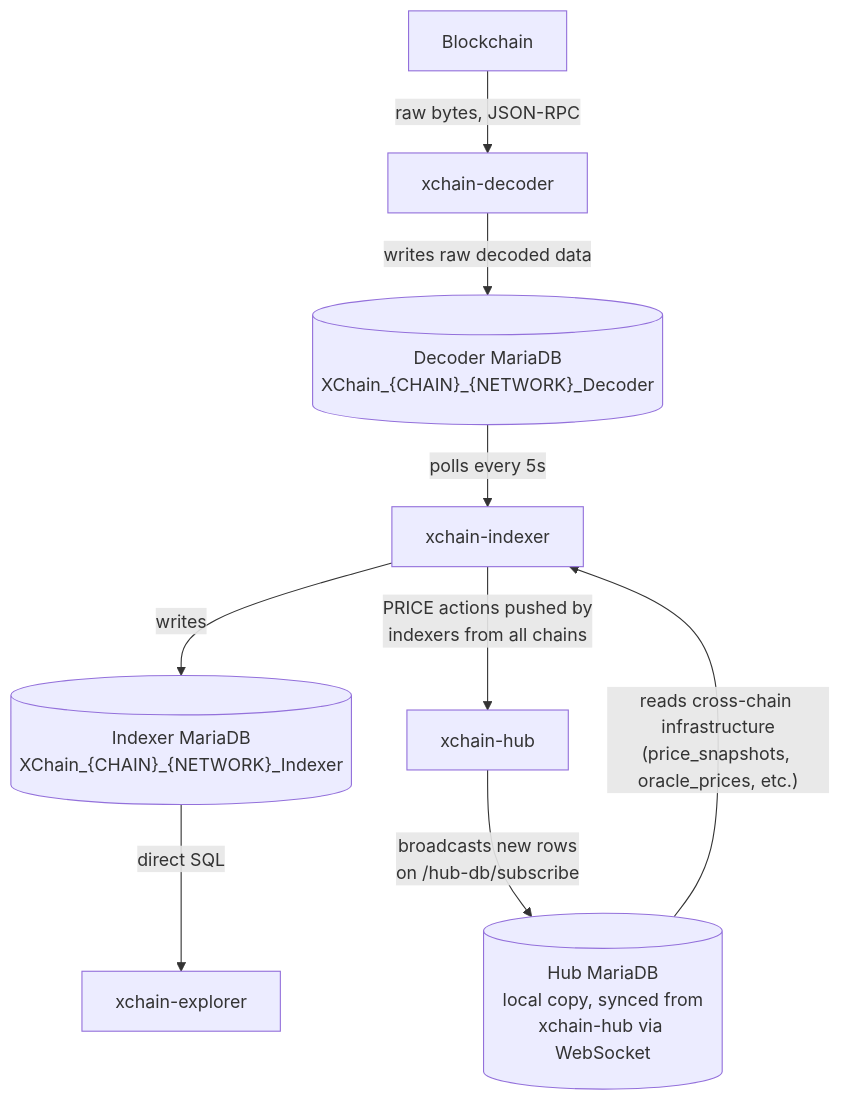
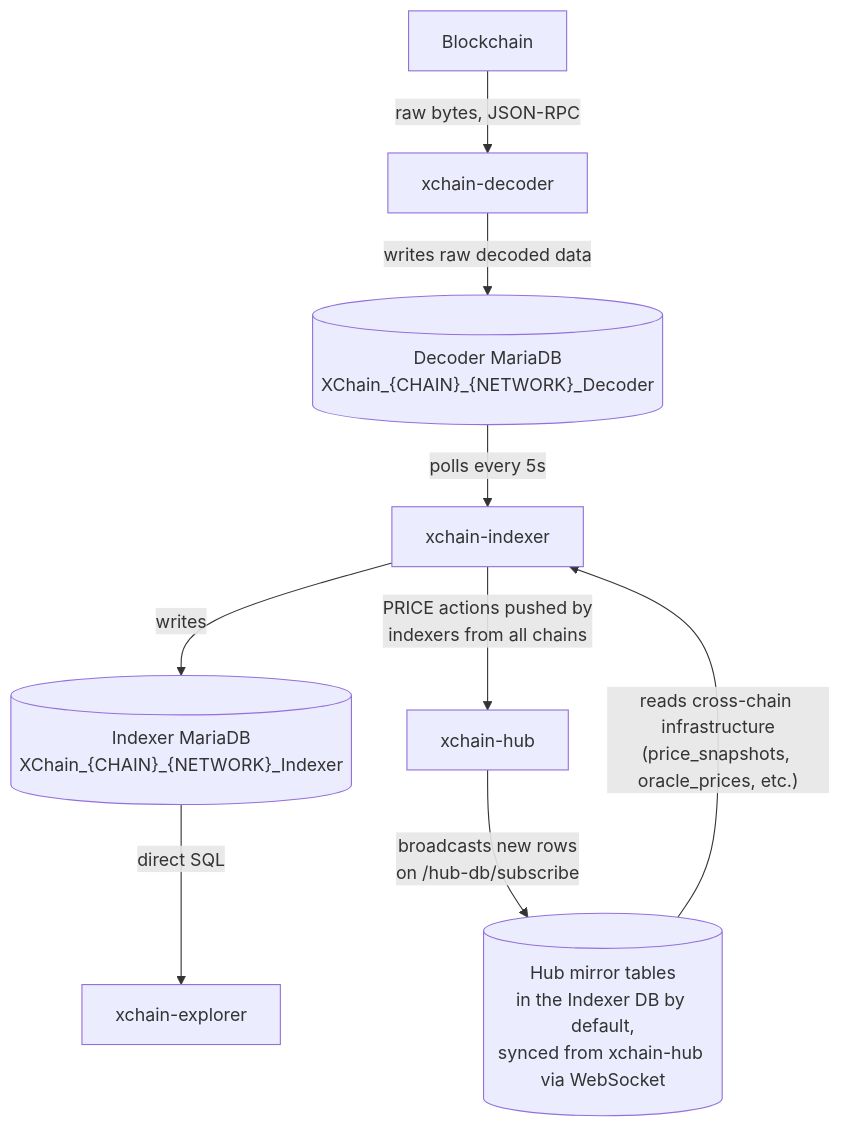
The diagram in architecture/database-design.md (XChain-Platform/xchain-documentation), drawn with Mermaid before and after one commit. The commit also changed other lines of this file and 55 other files, not shown here.

````diff
--- a/architecture/database-design.md
+++ b/architecture/database-design.md
@@ -12,20 +12,20 @@
 ```mermaid
 flowchart TD
     CHAIN["Blockchain"]
     DECODER["xchain-decoder"]
     DECDB[("Decoder MariaDB<br>XChain_{CHAIN}_{NETWORK}_Decoder")]
     INDEXER["xchain-indexer"]
     IDXDB[("Indexer MariaDB<br>XChain_{CHAIN}_{NETWORK}_Indexer")]
     EXPLORER["xchain-explorer"]
-    HUBDB[("Hub MariaDB<br>local copy, synced from<br>xchain-hub via WebSocket")]
+    HUBDB[("Hub mirror tables<br>in the Indexer DB by default,<br>synced from xchain-hub via WebSocket")]
     HUB["xchain-hub"]
 
     CHAIN -->|"raw bytes, JSON-RPC"| DECODER
     DECODER -->|"writes raw decoded data"| DECDB
     DECDB -->|"polls every 5s"| INDEXER
     INDEXER -->|writes| IDXDB
     IDXDB -->|"direct SQL"| EXPLORER
     HUBDB -->|"reads cross-chain infrastructure<br>(price_snapshots, oracle_prices, etc.)"| INDEXER
     HUB -->|"broadcasts new rows<br>on /hub-db/subscribe"| HUBDB
     INDEXER -->|"PRICE actions pushed by<br>indexers from all chains"| HUB
 ```
````
